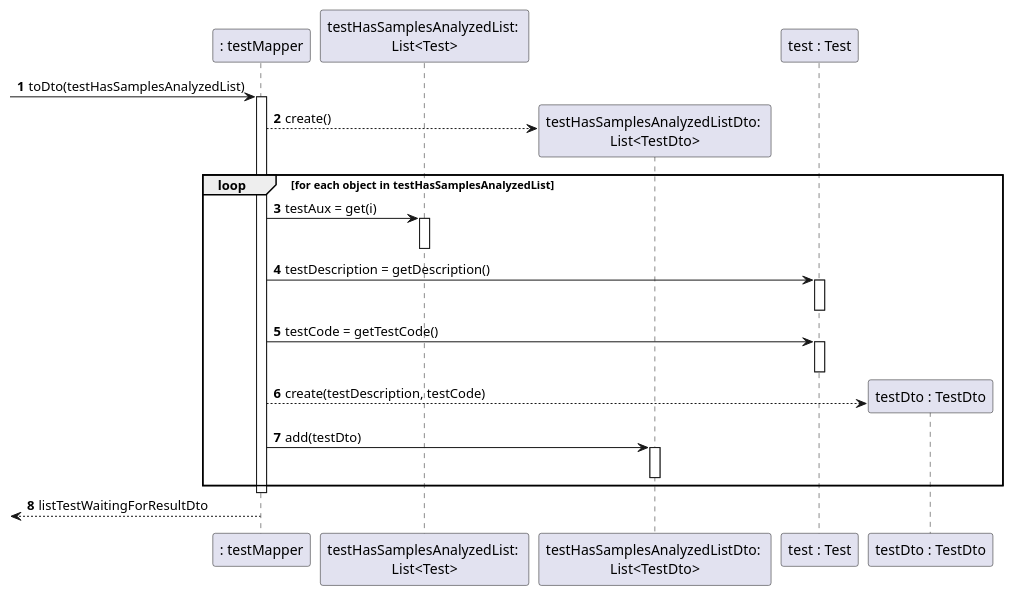
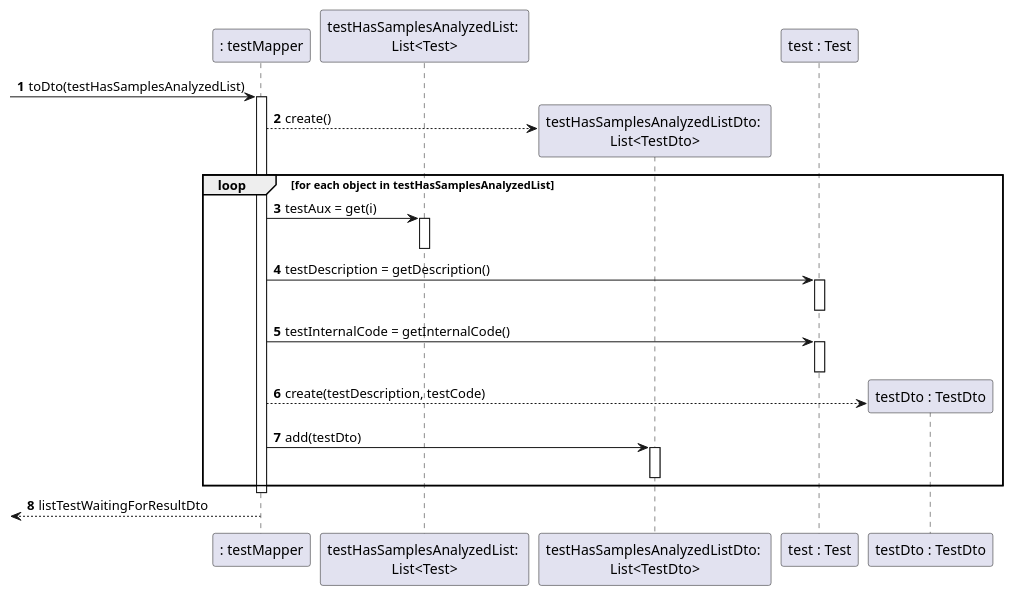
One commit to manu-07-ela/LAPR2_ISEP changed the diagram in docs/SprintC/US14/SD_TestHasSamplesAnalyzedMapper_toDto_List.puml. Above: the diagram before and after it, drawn with PlantUML.

Commit message:
changing the name of a method in SD relative to the conversion to DTO of a test

```diff
--- a/docs/SprintC/US14/SD_TestHasSamplesAnalyzedMapper_toDto_List.puml
+++ b/docs/SprintC/US14/SD_TestHasSamplesAnalyzedMapper_toDto_List.puml
@@ -1,33 +1,33 @@
 @startuml
 'https://plantuml.com/sequence-diagram
 'hide footbox
 autonumber
 
 participant ": testMapper" as MAPPER
 participant "testHasSamplesAnalyzedList: \nList<Test>" as LTestSA
 participant "testHasSamplesAnalyzedListDto: \nList<TestDto>" as LTestSADTO
 participant "test : Test" as TEST
 participant "testDto : TestDto" as TESTDTO
 
 -> MAPPER : toDto(testHasSamplesAnalyzedList)
 activate MAPPER
 MAPPER --> LTestSADTO** : create()
 loop for each object in testHasSamplesAnalyzedList
 MAPPER -> LTestSA : testAux = get(i)
 activate LTestSA
 deactivate LTestSA
 MAPPER -> TEST : testDescription = getDescription()
 activate TEST
 deactivate TEST
-MAPPER -> TEST : testCode = getTestCode()
+MAPPER -> TEST : testInternalCode = getInternalCode()
 activate TEST
 deactivate TEST
 MAPPER --> TESTDTO** : create(testDescription, testCode)
 MAPPER -> LTestSADTO : add(testDto)
 activate LTestSADTO
 deactivate LTestSADTO
 end
 deactivate MAPPER
 <-- MAPPER : listTestWaitingForResultDto
 
 @enduml
```
